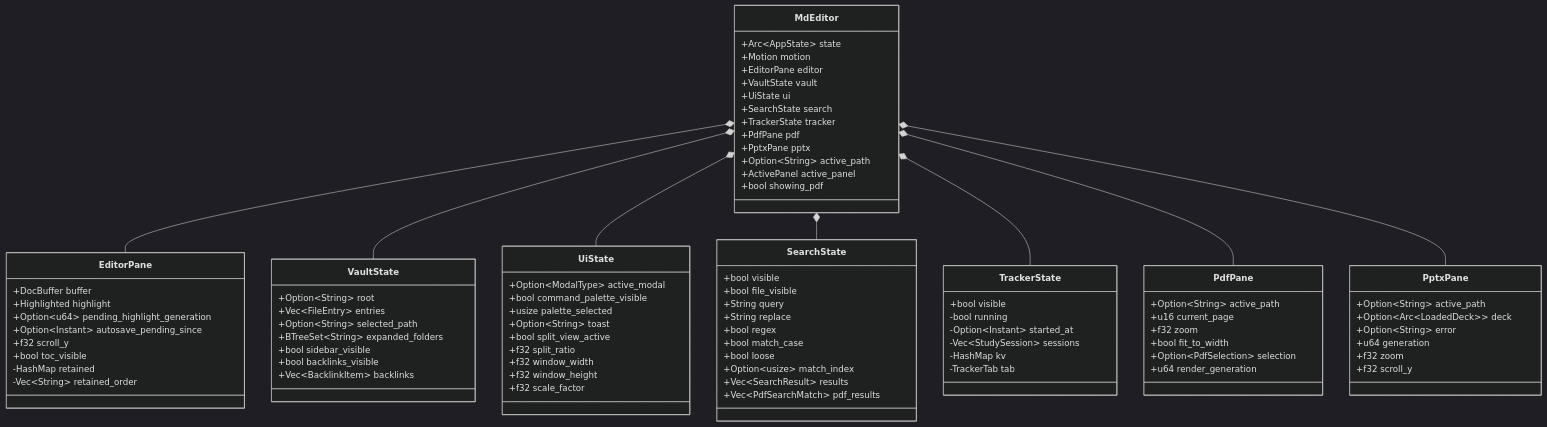
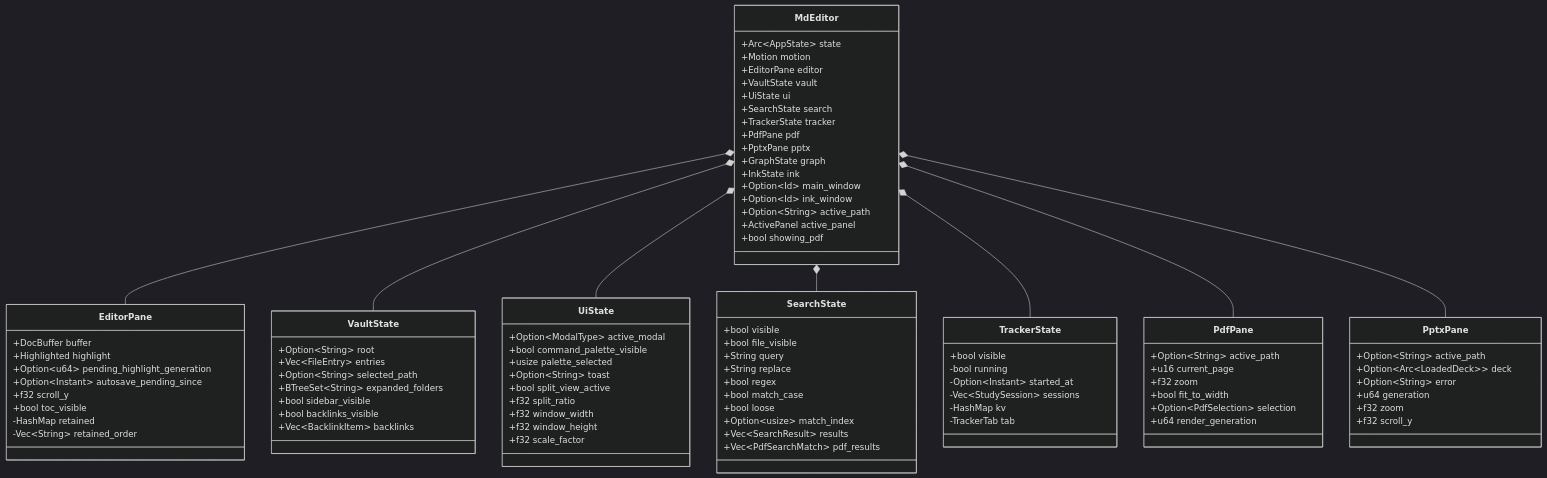
Before and after one commit to Suranjan77/md-editor: the second of 2 diagrams in wiki/Native-Desktop-GUI.md, drawn with Mermaid (dark theme). The commit also changed other lines of this file and 45 other files, not shown here.

```diff
--- a/wiki/Native-Desktop-GUI.md
+++ b/wiki/Native-Desktop-GUI.md
@@ -106,6 +95,10 @@
         +TrackerState tracker
         +PdfPane pdf
         +PptxPane pptx
+        +GraphState graph
+        +InkState ink
+        +Option~Id~ main_window
+        +Option~Id~ ink_window
         +Option~String~ active_path
         +ActivePanel active_panel
         +bool showing_pdf
```
